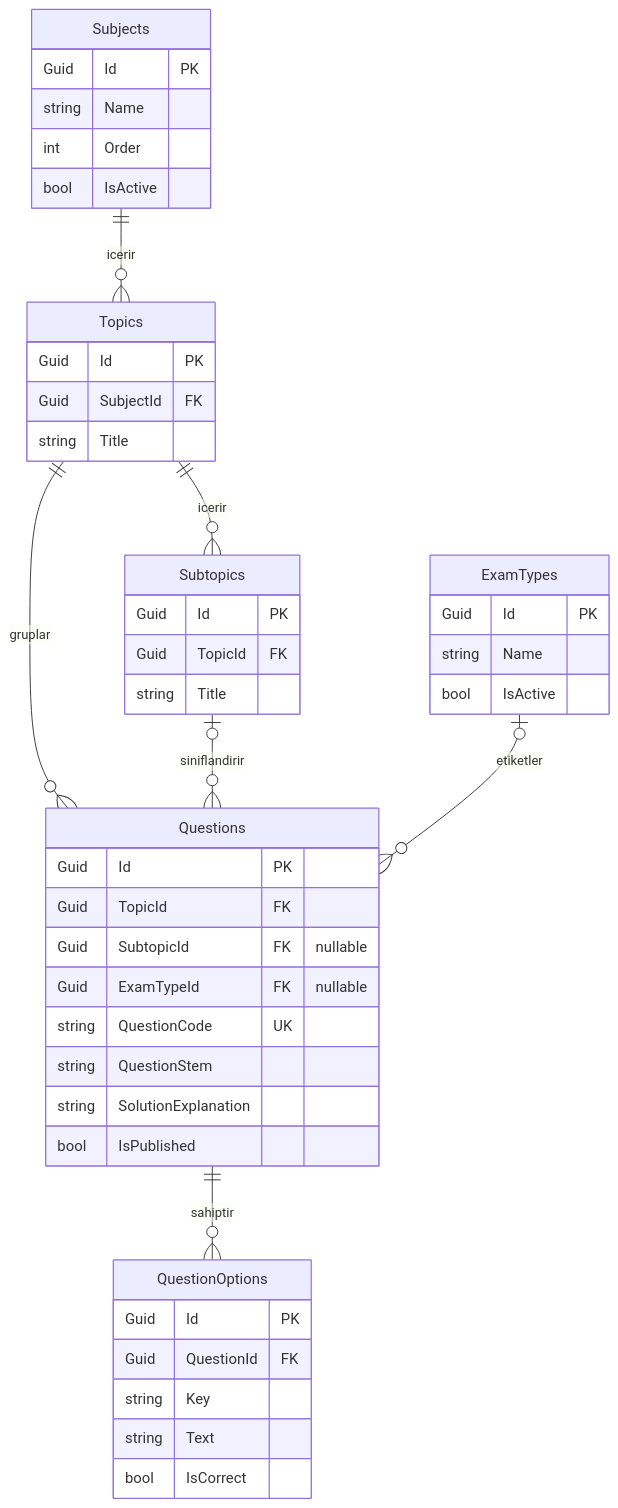
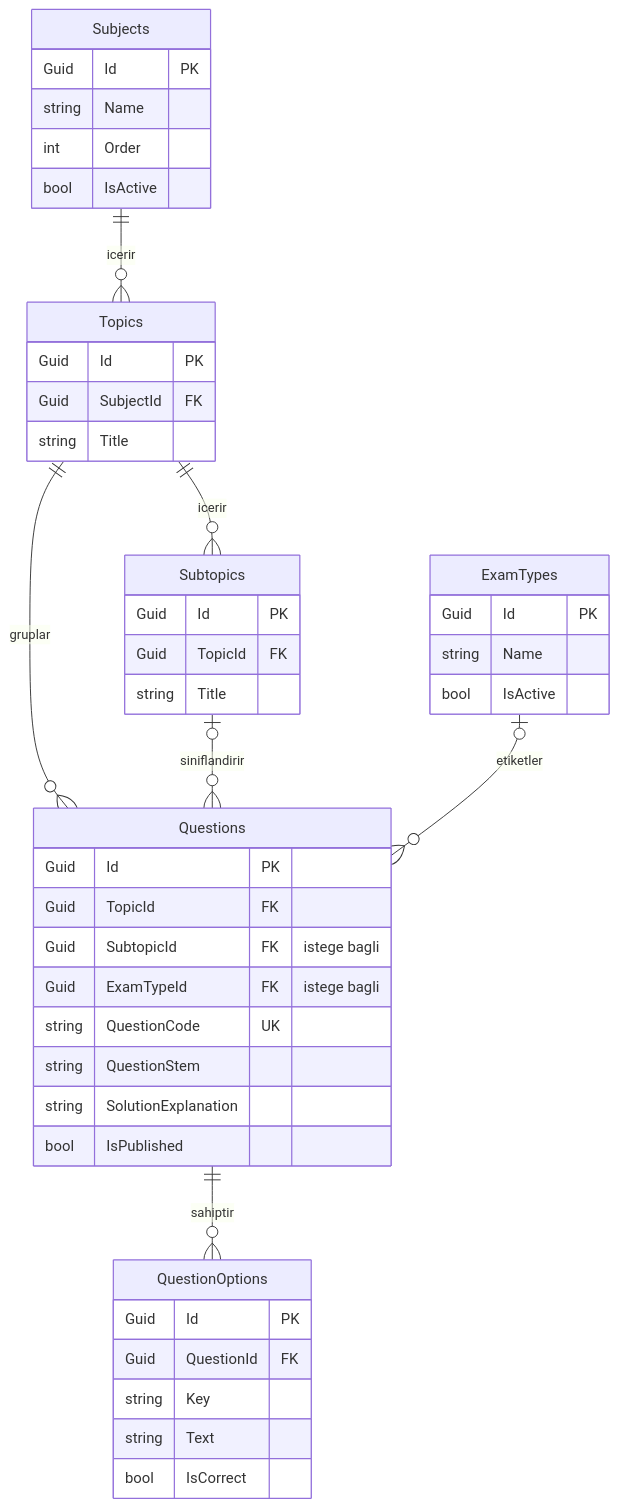
One commit to keminbtepe/KPSS-ODAK changed the third of 12 diagrams in README.md. Above: the diagram before and after it, drawn with Mermaid. The commit also changed other lines of this file, not shown here.

Commit message:
Localize Turkish diagram relationship labels

````diff
--- a/README.md
+++ b/README.md
@@ -377,47 +377,47 @@
 ```mermaid
 erDiagram
     Subjects ||--o{ Topics : icerir
     Topics ||--o{ Subtopics : icerir
     Topics ||--o{ Questions : gruplar
     Subtopics |o--o{ Questions : siniflandirir
     ExamTypes |o--o{ Questions : etiketler
     Questions ||--o{ QuestionOptions : sahiptir
     Subjects {
         Guid Id PK
         string Name
         int Order
         bool IsActive
     }
     Topics {
         Guid Id PK
         Guid SubjectId FK
         string Title
     }
     Subtopics {
         Guid Id PK
         Guid TopicId FK
         string Title
     }
     Questions {
         Guid Id PK
         Guid TopicId FK
-        Guid SubtopicId FK "nullable"
-        Guid ExamTypeId FK "nullable"
+        Guid SubtopicId FK "istege bagli"
+        Guid ExamTypeId FK "istege bagli"
         string QuestionCode UK
         string QuestionStem
         string SolutionExplanation
         bool IsPublished
     }
     QuestionOptions {
         Guid Id PK
         Guid QuestionId FK
         string Key
         string Text
         bool IsCorrect
     }
     ExamTypes {
         Guid Id PK
         string Name
         bool IsActive
     }
 ```
````
